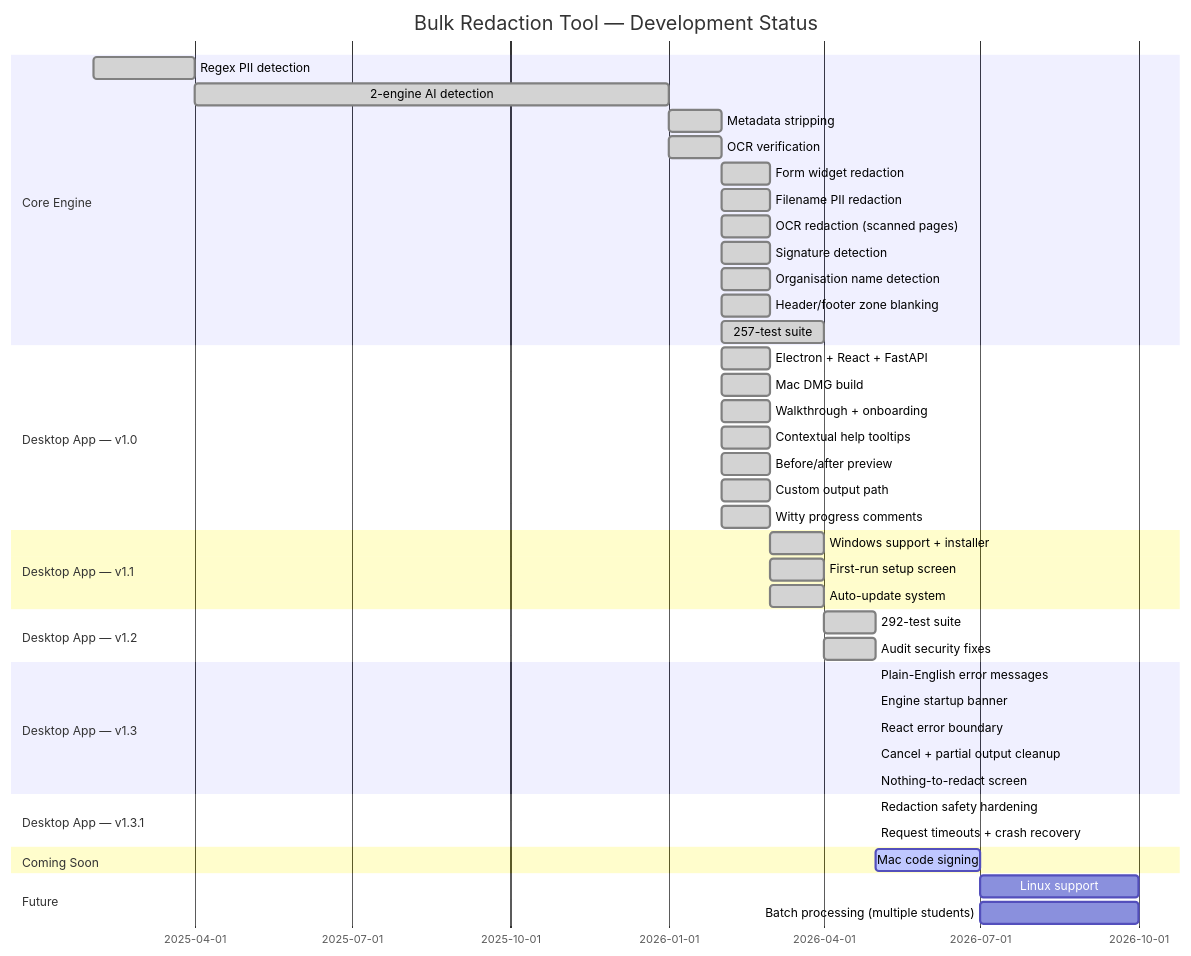
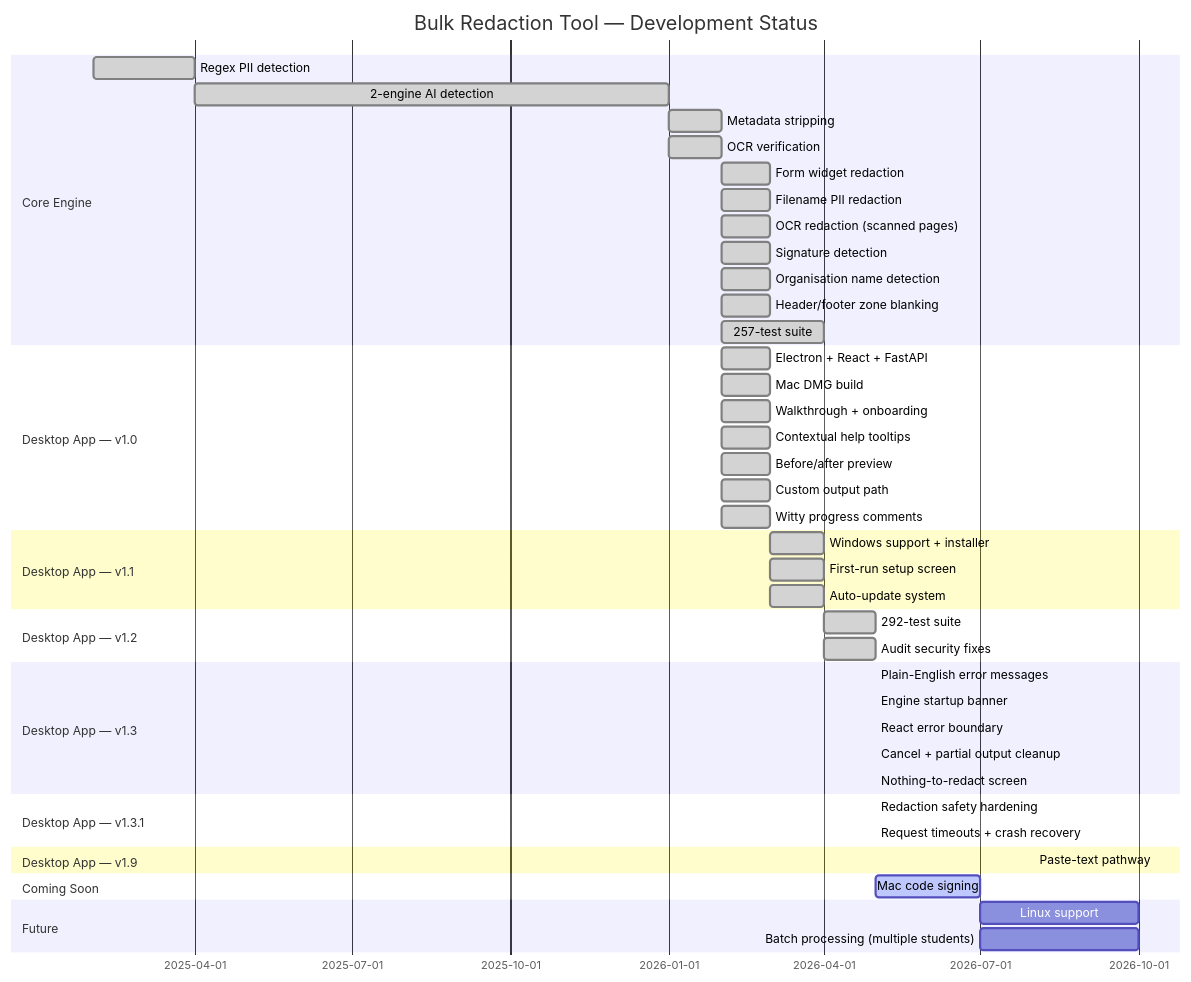
One commit to mrdavearms/student-doc-redactor changed the third of 3 diagrams in README.md. Above: the diagram before and after it, drawn with Mermaid. The commit also changed other lines of this file, not shown here.

First line of the commit message:
docs(readme): document the paste-text pathway for v1.9.0

````diff
--- a/README.md
+++ b/README.md
@@ -713,46 +745,48 @@
 ```mermaid
 gantt
     title Bulk Redaction Tool — Development Status
     dateFormat  YYYY-MM
     section Core Engine
     Regex PII detection           :done, 2025-02, 2025-04
     2-engine AI detection         :done, 2025-04, 2026-01
     Metadata stripping            :done, 2026-01, 2026-02
     OCR verification              :done, 2026-01, 2026-02
     Form widget redaction         :done, 2026-02, 2026-03
     Filename PII redaction        :done, 2026-02, 2026-03
     OCR redaction (scanned pages) :done, 2026-02, 2026-03
     Signature detection           :done, 2026-02, 2026-03
     Organisation name detection   :done, 2026-02, 2026-03
     Header/footer zone blanking   :done, 2026-02, 2026-03
     257-test suite                :done, 2026-02, 2026-04
     section Desktop App — v1.0
     Electron + React + FastAPI    :done, 2026-02, 2026-03
     Mac DMG build                 :done, 2026-02, 2026-03
     Walkthrough + onboarding      :done, 2026-02, 2026-03
     Contextual help tooltips      :done, 2026-02, 2026-03
     Before/after preview          :done, 2026-02, 2026-03
     Custom output path            :done, 2026-02, 2026-03
     Witty progress comments       :done, 2026-02, 2026-03
     section Desktop App — v1.1
     Windows support + installer   :done, 2026-03, 2026-04
     First-run setup screen        :done, 2026-03, 2026-04
     Auto-update system            :done, 2026-03, 2026-04
     section Desktop App — v1.2
     292-test suite                :done, 2026-04, 2026-05
     Audit security fixes          :done, 2026-04, 2026-05
     section Desktop App — v1.3
     Plain-English error messages  :done, 2026-05, 2026-05
     Engine startup banner         :done, 2026-05, 2026-05
     React error boundary          :done, 2026-05, 2026-05
     Cancel + partial output cleanup :done, 2026-05, 2026-05
     Nothing-to-redact screen      :done, 2026-05, 2026-05
     section Desktop App — v1.3.1
     Redaction safety hardening    :done, 2026-05, 2026-05
     Request timeouts + crash recovery :done, 2026-05, 2026-05
+    section Desktop App — v1.9
+    Paste-text pathway            :done, 2026-08, 2026-08
     section Coming Soon
     Mac code signing              :active, 2026-05, 2026-07
     section Future
     Linux support                 :2026-07, 2026-10
     Batch processing (multiple students) :2026-07, 2026-10
 ```
````
